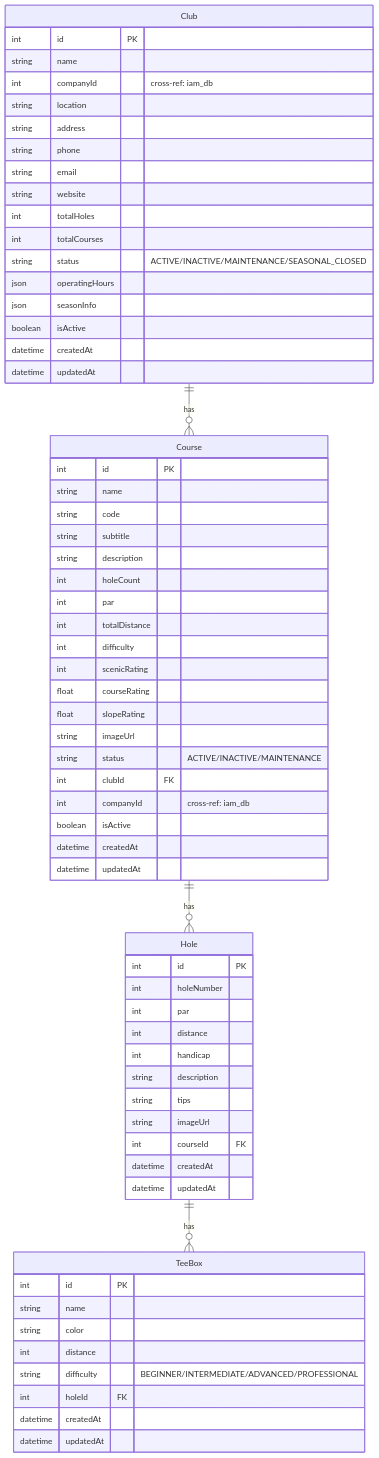
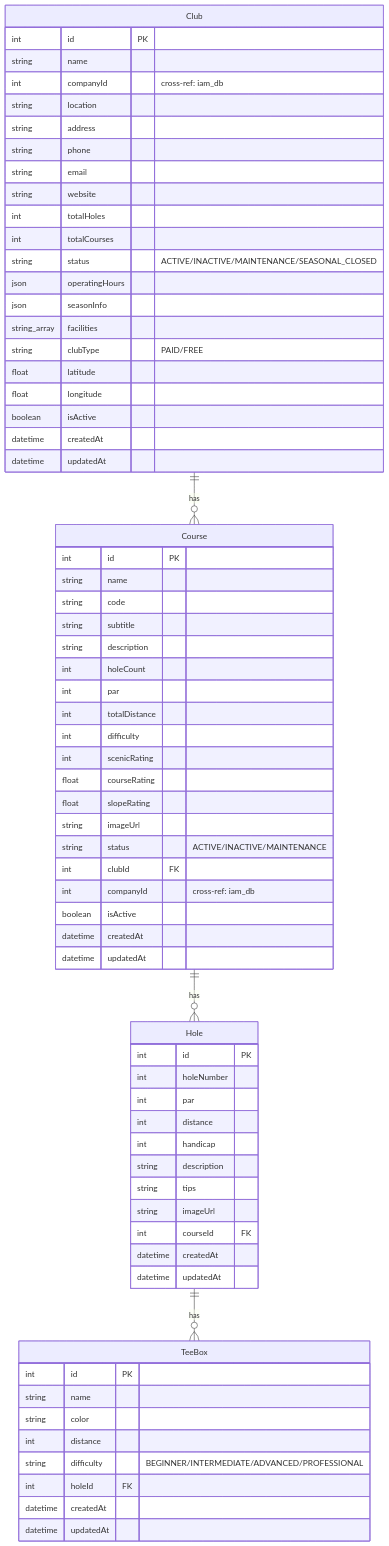
One commit to uniyous/parkgolf-platform changed the ninth of 24 diagrams in docs/DATABASE_ERD.md. Above: the diagram before and after it, drawn with Mermaid. The commit also changed other lines of this file and 4 other files, not shown here.

First line of the commit message:
chore: 시드 데이터 보강, 슬롯 생성 스크립트, ERD 문서 업데이트

````diff
--- a/docs/DATABASE_ERD.md
+++ b/docs/DATABASE_ERD.md
@@ -347,72 +405,76 @@
 ```mermaid
 erDiagram
     Club ||--o{ Course : "has"
     Course ||--o{ Hole : "has"
     Hole ||--o{ TeeBox : "has"
 
     Club {
         int id PK
         string name
         int companyId "cross-ref: iam_db"
         string location
         string address
         string phone
         string email
         string website
         int totalHoles
         int totalCourses
         string status "ACTIVE/INACTIVE/MAINTENANCE/SEASONAL_CLOSED"
         json operatingHours
         json seasonInfo
+        string_array facilities
+        string clubType "PAID/FREE"
+        float latitude
+        float longitude
         boolean isActive
         datetime createdAt
         datetime updatedAt
     }
 
     Course {
         int id PK
         string name
         string code
         string subtitle
         string description
         int holeCount
         int par
         int totalDistance
         int difficulty
         int scenicRating
         float courseRating
         float slopeRating
         string imageUrl
         string status "ACTIVE/INACTIVE/MAINTENANCE"
         int clubId FK
         int companyId "cross-ref: iam_db"
         boolean isActive
         datetime createdAt
         datetime updatedAt
     }
 
     Hole {
         int id PK
         int holeNumber
         int par
         int distance
         int handicap
         string description
         string tips
         string imageUrl
         int courseId FK
         datetime createdAt
         datetime updatedAt
     }
 
     TeeBox {
         int id PK
         string name
         string color
         int distance
         string difficulty "BEGINNER/INTERMEDIATE/ADVANCED/PROFESSIONAL"
         int holeId FK
         datetime createdAt
         datetime updatedAt
     }
 ```
````
